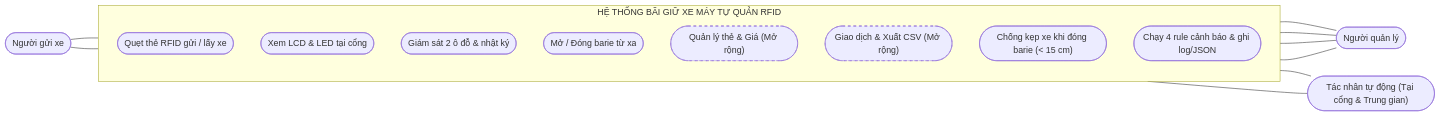
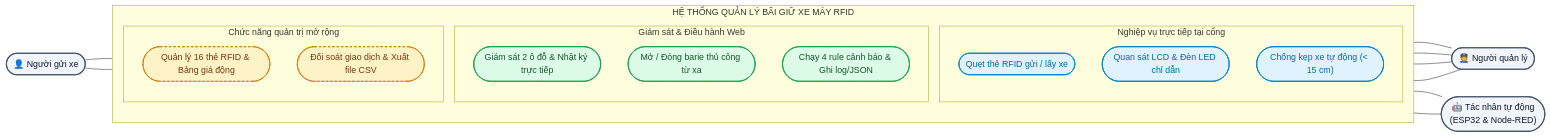
One commit to Tthoong129/IOT_Nhom4 changed the first of 5 diagrams in docs/BAO_CAO_TIEU_LUAN_HOAN_CHINH.md. Above: the diagram before and after it, drawn with Mermaid. The commit also changed other lines of this file and 1 other file, not shown here.

Commit message:
docs: redesign Chapter 3 diagrams to compact 16:9 layout with html viewer

````diff
--- a/docs/BAO_CAO_TIEU_LUAN_HOAN_CHINH.md
+++ b/docs/BAO_CAO_TIEU_LUAN_HOAN_CHINH.md
@@ -256,30 +256,46 @@
 ```mermaid
 flowchart LR
-    U1(["Người gửi xe"])
-    U2(["Người quản lý"])
-    U3(["Tác nhân tự động (Tại cổng & Trung gian)"])
+    U1(["👤 Người gửi xe"])
+    U2(["👮 Người quản lý"])
+    U3(["🤖 Tác nhân tự động<br/>(ESP32 & Node-RED)"])
 
-    subgraph SYS["HỆ THỐNG BÃI GIỮ XE MÁY TỰ QUẢN RFID"]
+    subgraph SYS["HỆ THỐNG QUẢN LÝ BÃI GIỮ XE MÁY RFID"]
         direction TB
-        UC1(["Quẹt thẻ RFID gửi / lấy xe"])
-        UC2(["Xem LCD & LED tại cổng"])
-        UC3(["Giám sát 2 ô đỗ & nhật ký"])
-        UC4(["Mở / Đóng barie từ xa"])
-        UC7(["Quản lý thẻ & Giá (Mở rộng)"])
-        UC8(["Giao dịch & Xuất CSV (Mở rộng)"])
-        UC5(["Chống kẹp xe khi đóng barie (< 15 cm)"])
-        UC6(["Chạy 4 rule cảnh báo & ghi log/JSON"])
+        
+        subgraph G1["Nghiệp vụ trực tiếp tại cổng"]
+            UC1(["Quẹt thẻ RFID gửi / lấy xe"])
+            UC2(["Quan sát LCD & Đèn LED chỉ dẫn"])
+            UC5(["Chống kẹp xe tự động (< 15 cm)"])
+        end
+
+        subgraph G2["Giám sát & Điều hành Web"]
+            UC3(["Giám sát 2 ô đỗ & Nhật ký trực tiếp"])
+            UC4(["Mở / Đóng barie thủ công từ xa"])
+            UC6(["Chạy 4 rule cảnh báo & Ghi log/JSON"])
+        end
+
+        subgraph G3["Chức năng quản trị mở rộng"]
+            UC7(["Quản lý 16 thẻ RFID & Bảng giá động"])
+            UC8(["Đối soát giao dịch & Xuất file CSV"])
+        end
     end
 
     U1 --- UC1
     U1 --- UC2
     UC3 --- U2
     UC4 --- U2
     UC7 --- U2
     UC8 --- U2
     UC5 --- U3
     UC6 --- U3
 
-    classDef ext stroke-dasharray: 5 5
-    class UC7,UC8 ext
+    classDef actorStyle fill:#f1f5f9,stroke:#475569,stroke-width:2px,color:#0f172a;
+    classDef gateStyle fill:#e0f2fe,stroke:#0284c7,stroke-width:1.5px,color:#0369a1;
+    classDef webStyle fill:#dcfce7,stroke:#16a34a,stroke-width:1.5px,color:#14532d;
+    classDef extStyle fill:#fef3c7,stroke:#d97706,stroke-width:1.5px,stroke-dasharray: 4 4,color:#78350f;
+
+    class U1,U2,U3 actorStyle;
+    class UC1,UC2,UC5 gateStyle;
+    class UC3,UC4,UC6 webStyle;
+    class UC7,UC8 extStyle;
 ```
````
